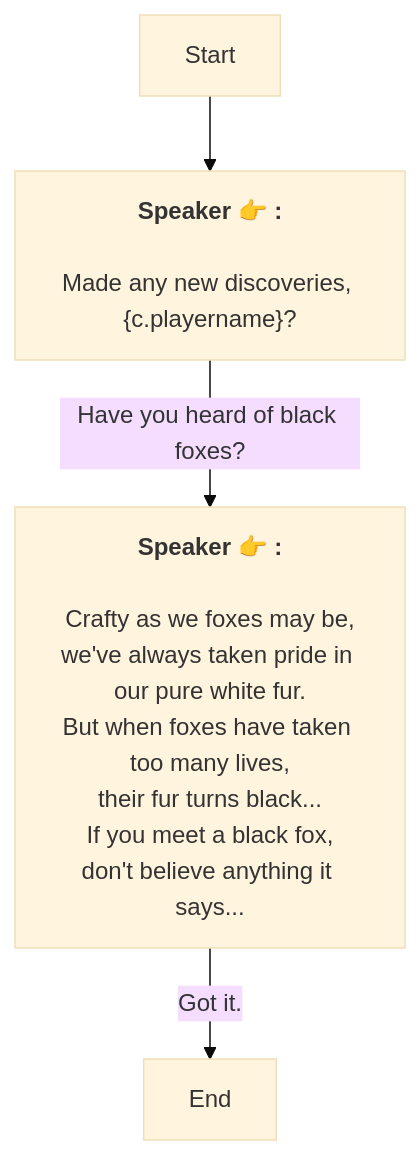
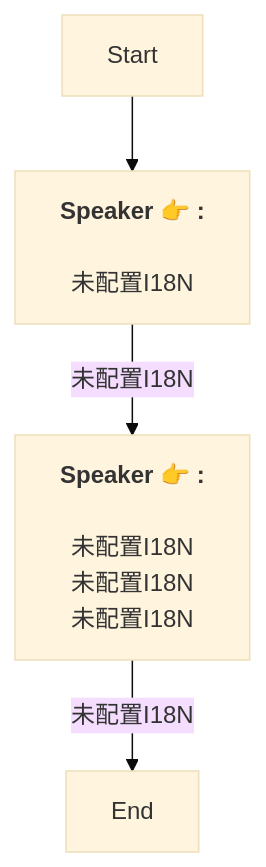
One commit to SoftHu/tos_avg changed the diagram in En/QuestTalkObjectiveNode_1761996296966827.md. Above: the diagram before and after it, drawn with Mermaid (base theme). The commit also changed 730 other files, not shown here.

````diff
--- a/En/QuestTalkObjectiveNode_1761996296966827.md
+++ b/En/QuestTalkObjectiveNode_1761996296966827.md
@@ -1,12 +1,9 @@
 ```mermaid
 graph
 Start -->1761996905918126[<b>Speaker 👉 :</b>
-\nMade any new discoveries, &lbrace;c.playername&rbrace;?]
-1761996905918126 -->|Have you heard of black foxes?|1761996951600820[<b>Speaker 👉 :</b>
-\nCrafty as we foxes may be,
-we've always taken pride in our pure white fur.\nBut when foxes have taken too many lives,
-their fur turns black...\nIf you meet a black fox,
-don't believe anything it says...]
-1761996951600820 -->|Got it.|1761997069046461[End]
+\n未配置I18N]
+1761996905918126 -->|未配置I18N|1761996951600820[<b>Speaker 👉 :</b>
+\n未配置I18N\n未配置I18N\n未配置I18N]
+1761996951600820 -->|未配置I18N|1761997069046461[End]
 
 ```
````
